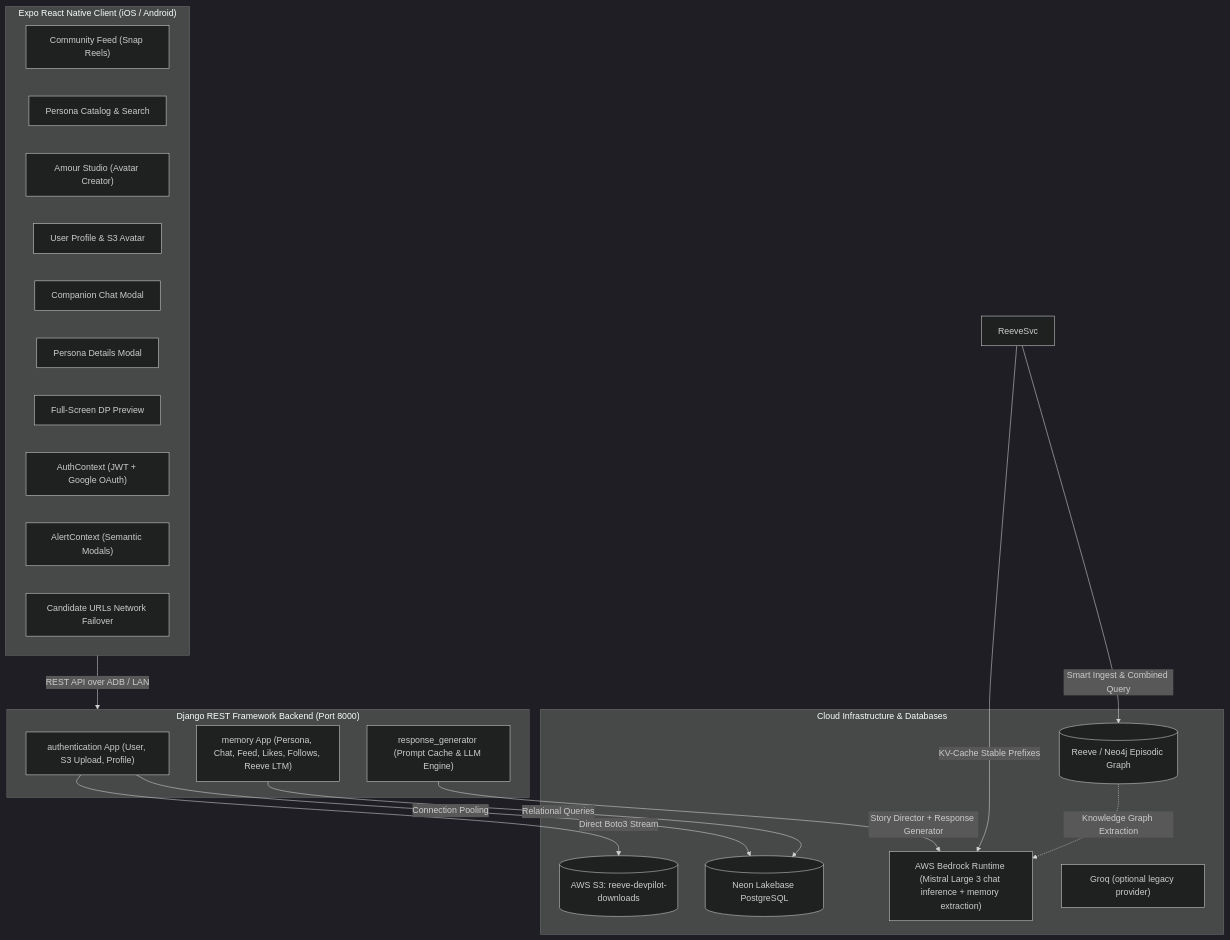
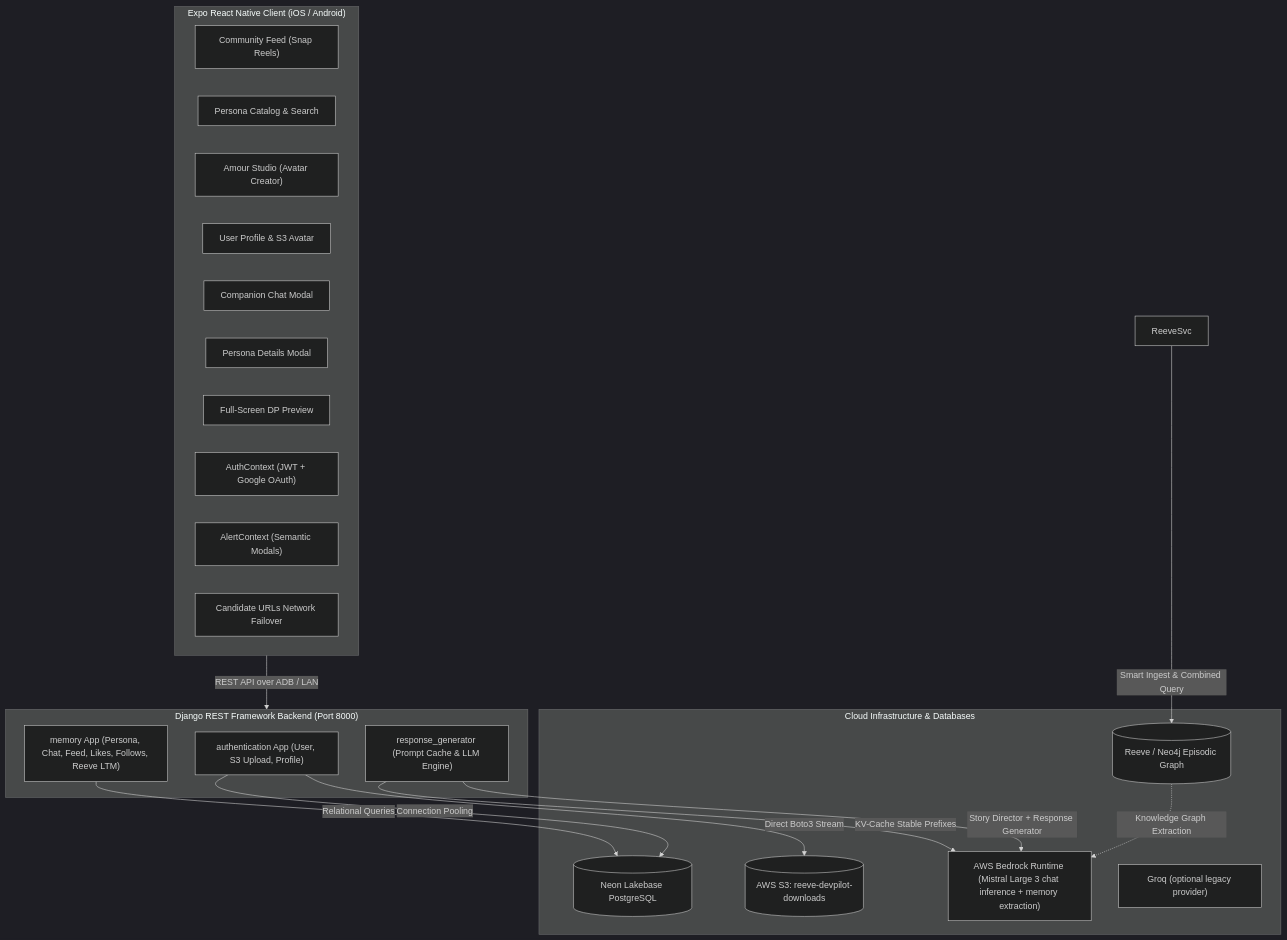
Before and after one commit to Ampplex/Amour-AI: the first of 2 diagrams in SYSTEM_ARCHITECTURE_AND_ENGINEERING.md, drawn with Mermaid (dark theme). The commit also changed other lines of this file, not shown here.

Commit message:
Align architecture diagram with Bedrock chat inference

````diff
--- a/SYSTEM_ARCHITECTURE_AND_ENGINEERING.md
+++ b/SYSTEM_ARCHITECTURE_AND_ENGINEERING.md
@@ -39,39 +39,39 @@
 ```mermaid
 flowchart TD
     subgraph Client ["Expo React Native Client (iOS / Android)"]
         UI_Home["Community Feed (Snap Reels)"]
         UI_Personas["Persona Catalog & Search"]
         UI_Studio["Amour Studio (Avatar Creator)"]
         UI_Profile["User Profile & S3 Avatar"]
         UI_Chat["Companion Chat Modal"]
         UI_Detail["Persona Details Modal"]
         UI_Preview["Full-Screen DP Preview"]
         
         AuthCtx["AuthContext (JWT + Google OAuth)"]
         AlertCtx["AlertContext (Semantic Modals)"]
         NetFail["Candidate URLs Network Failover"]
     end
 
     subgraph Backend ["Django REST Framework Backend (Port 8000)"]
         AuthApp["authentication App (User, S3 Upload, Profile)"]
         MemApp["memory App (Persona, Chat, Feed, Likes, Follows, Reeve LTM)"]
         RespGen["response_generator (Prompt Cache & LLM Engine)"]
     end
 
     subgraph Storage ["Cloud Infrastructure & Databases"]
         NeonPG[("Neon Lakebase PostgreSQL")]
         S3Bucket[("AWS S3: reeve-devpilot-downloads")]
         ReeveGraph[("Reeve / Neo4j Episodic Graph")]
         Bedrock["AWS Bedrock Runtime (Mistral Large 3 chat inference + memory extraction)"]
         Groq["Groq (optional legacy provider)"]
     end
 
     Client -->|REST API over ADB / LAN| Backend
     AuthApp -->|Connection Pooling| NeonPG
     AuthApp -->|Direct Boto3 Stream| S3Bucket
     MemApp -->|Relational Queries| NeonPG
     ReeveSvc -->|Smart Ingest & Combined Query| ReeveGraph
     ReeveGraph -.->|Knowledge Graph Extraction| Bedrock
     RespGen -->|Story Director + Response Generator| Bedrock
-    ReeveSvc -->|KV-Cache Stable Prefixes| Bedrock
+    RespGen -->|KV-Cache Stable Prefixes| Bedrock
 ```
````
